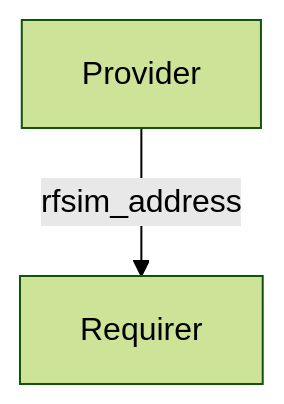
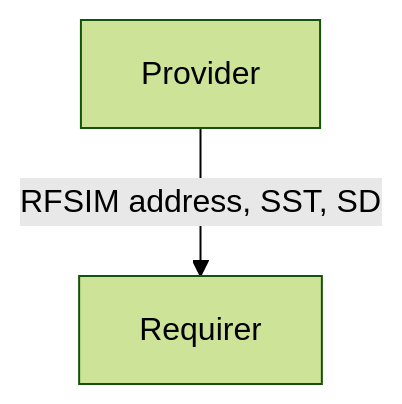
Before and after one commit to canonical/charm-relation-interfaces: the diagram in interfaces/fiveg_rfsim/v0/README.md, drawn with Mermaid (forest theme). The commit also changed other lines of this file and 2 other files, not shown here.

Commit message:
feat: Expand fiveg_rfsim interface

````diff
--- a/interfaces/fiveg_rfsim/v0/README.md
+++ b/interfaces/fiveg_rfsim/v0/README.md
@@ -13,4 +13,4 @@
 ```mermaid
 flowchart TD
-    Provider -- rfsim_address --> Requirer
+    Provider -- RFSIM address, SST, SD --> Requirer
 ```
````
